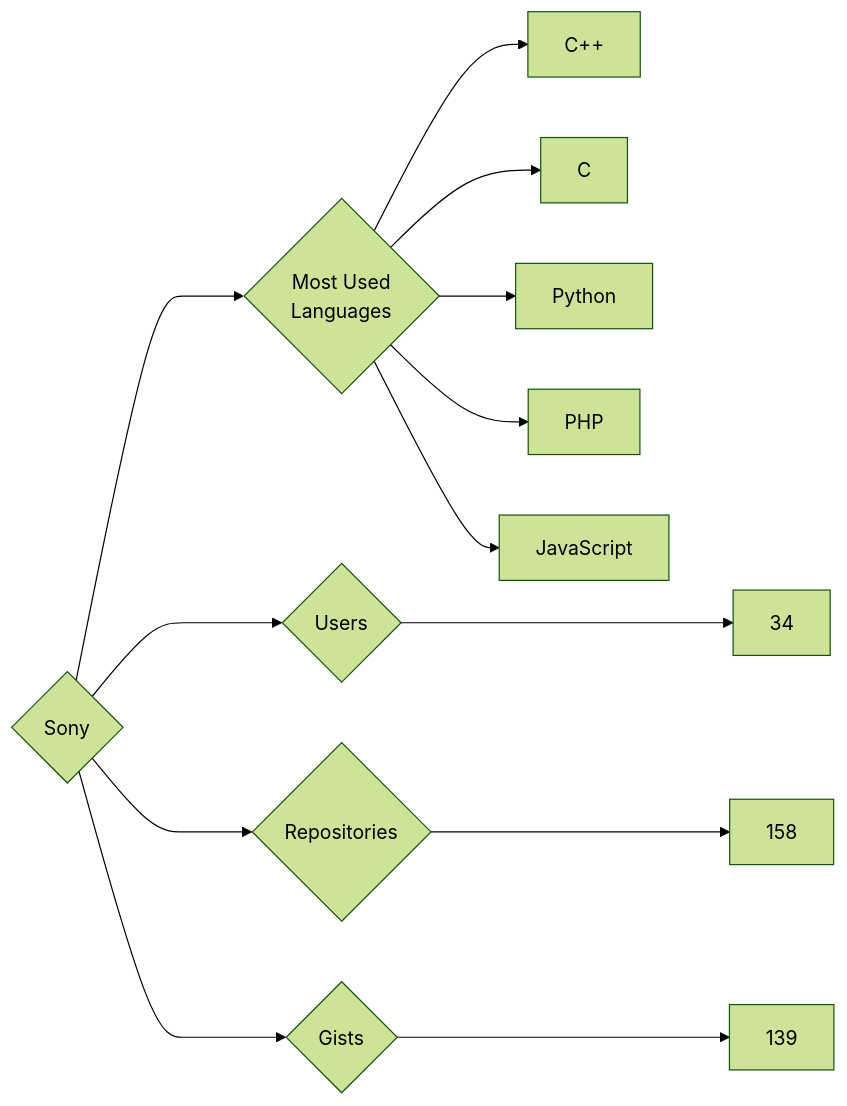
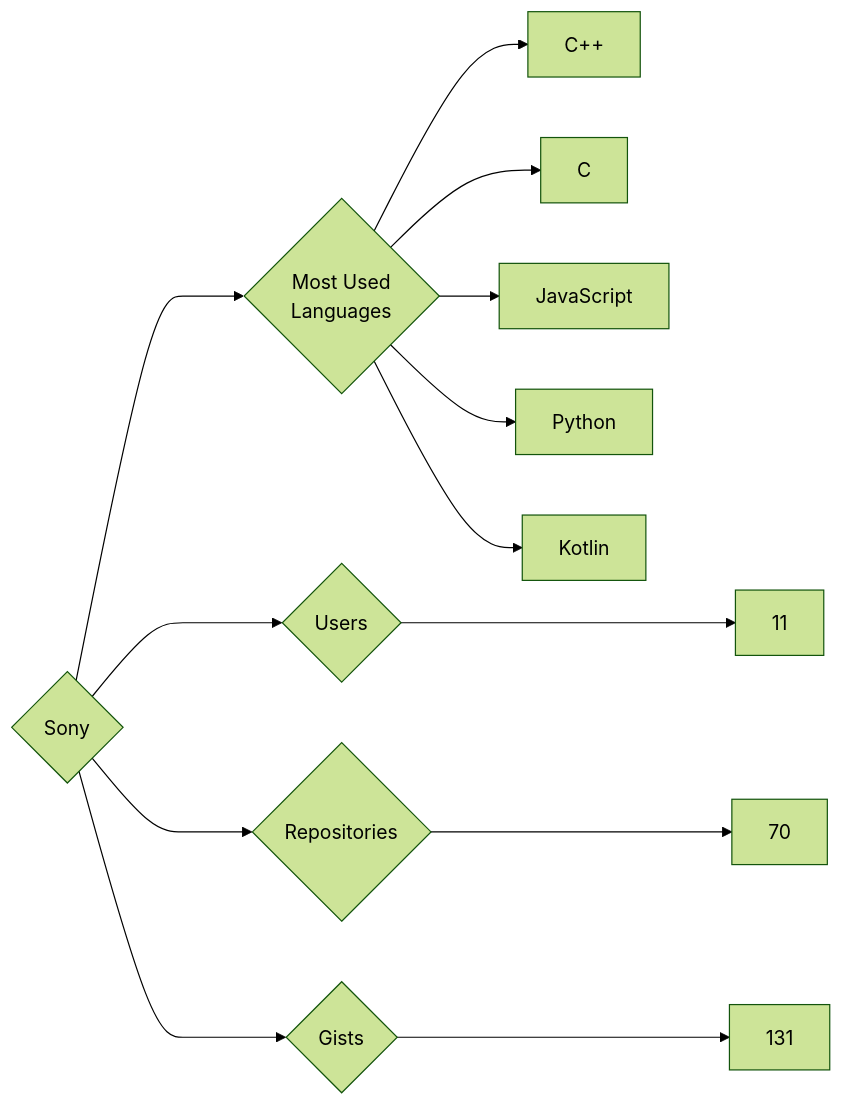
One commit to trickest/insiders changed the diagram in targets/Sony/README.md. Above: the diagram before and after it, drawn with Mermaid (forest theme). The commit also changed 912 other files, not shown here.

````diff
--- a/targets/Sony/README.md
+++ b/targets/Sony/README.md
@@ -3,13 +3,13 @@
 ```mermaid
 graph LR
 COMPANY_NAME{Sony}
-COMPANY_NAME ---> U{Users} ---> UN[34]
-COMPANY_NAME ---> R{Repositories} ---> RN[158]
-COMPANY_NAME ---> G{Gists} ---> GN[139]
+COMPANY_NAME ---> U{Users} ---> UN[11]
+COMPANY_NAME ---> R{Repositories} ---> RN[70]
+COMPANY_NAME ---> G{Gists} ---> GN[131]
 COMPANY_NAME ---> ML{Most Used<br>Languages}
 ML --> C++[C++]
 ML --> C[C]
+ML --> JavaScript[JavaScript]
 ML --> Python[Python]
-ML --> PHP[PHP]
-ML --> JavaScript[JavaScript]
+ML --> Kotlin[Kotlin]
 ```
````
